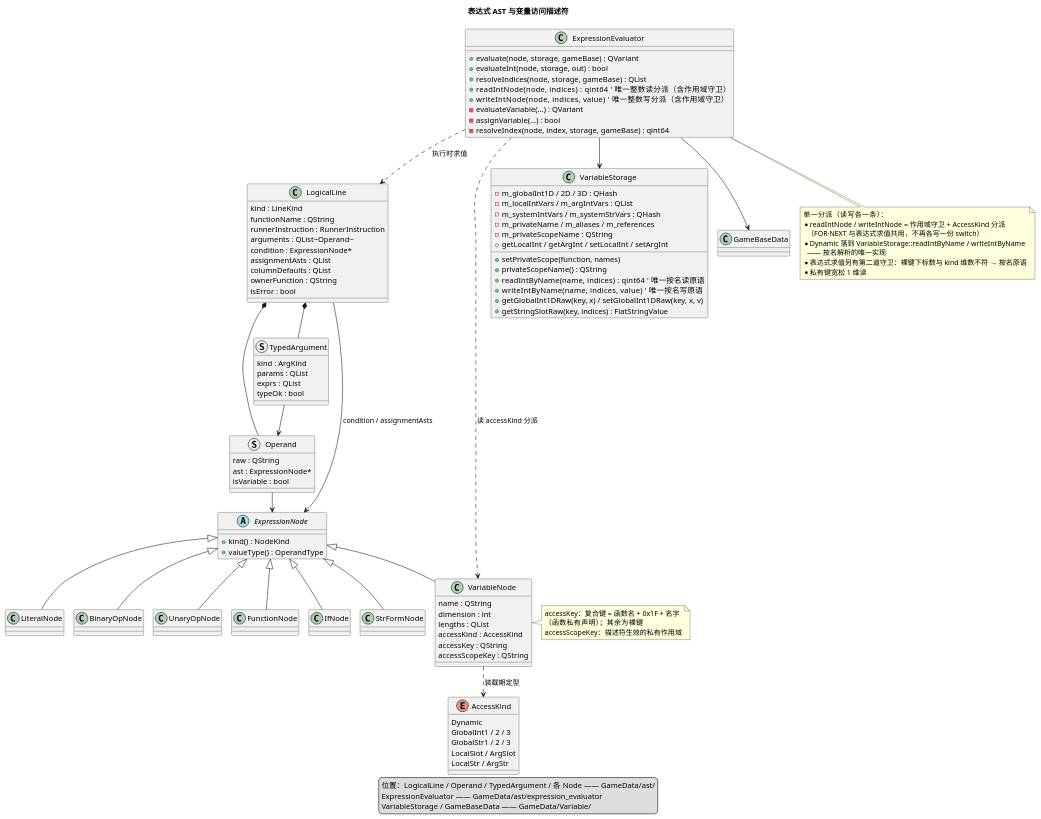
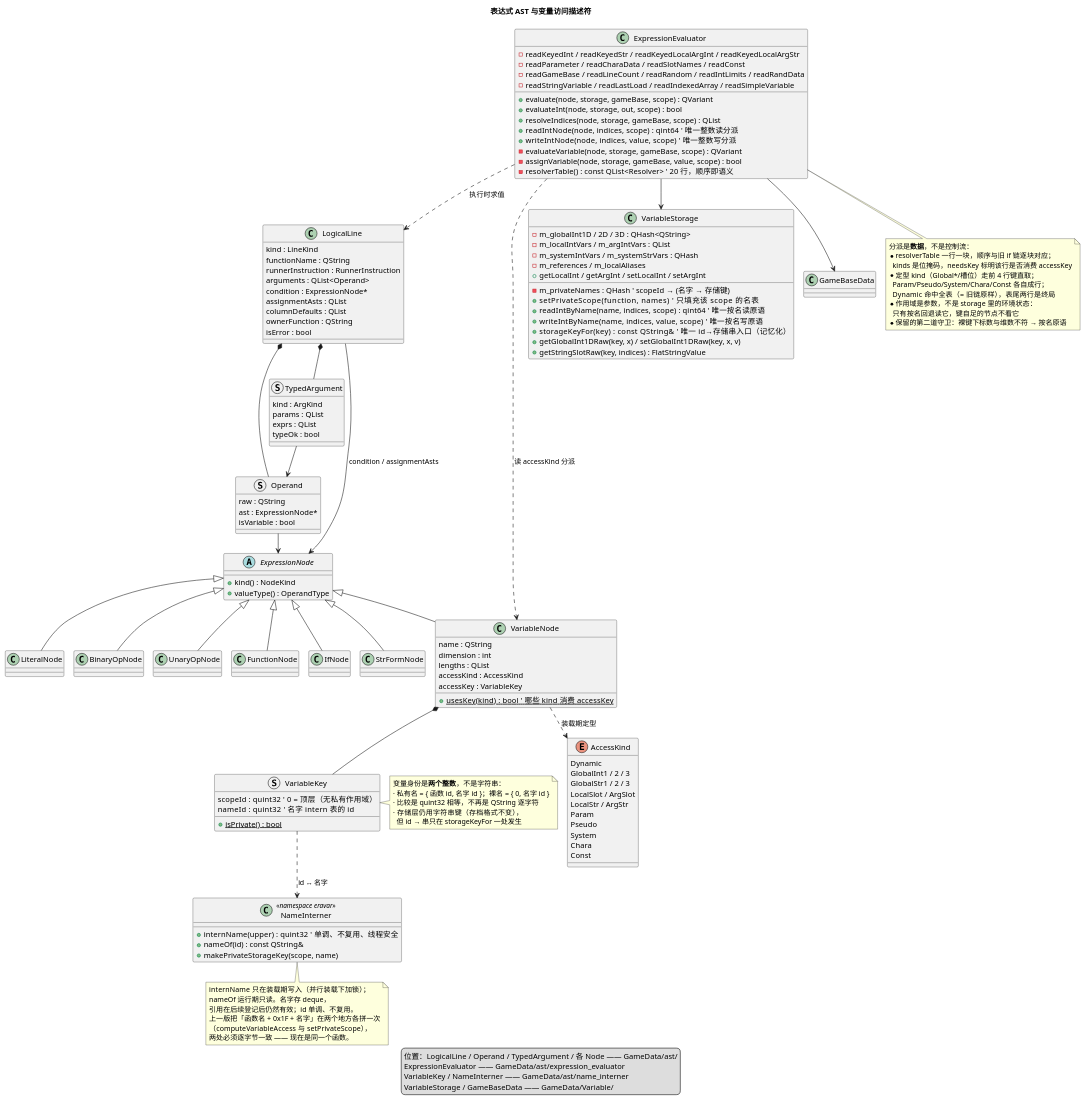
Before and after one commit to yigekuyou/qt-eraemu: the diagram in docs/uml/03-expression-classes.puml, drawn with PlantUML. The commit also changed 8 other files, not shown here.

First line of the commit message:
docs/uml：按四轮重构重画（身份整数化 / 全定型 / 作用域显式 / 只读收尾外移）

```diff
--- a/docs/uml/03-expression-classes.puml
+++ b/docs/uml/03-expression-classes.puml
@@ -1,131 +1,170 @@
 @startuml 03-expression-classes
 ' 无 graphviz(dot) 时用 PlantUML 内置 smetana 布局引擎
 !pragma layout smetana
 ' emuera —— 表达式 AST / 变量访问描述符 / 求值器
 ' 渲染：plantuml -tpng docs/uml/03-expression-classes.puml
 title 表达式 AST 与变量访问描述符
 
   class LogicalLine {
     kind : LineKind
     functionName : QString
     runnerInstruction : RunnerInstruction
-    arguments : QList~Operand~
+    arguments : QList<Operand>
     condition : ExpressionNode*
     assignmentAsts : QList
     columnDefaults : QList
     ownerFunction : QString
     isError : bool
   }
 
   struct Operand {
     raw : QString
     ast : ExpressionNode*
     isVariable : bool
   }
 
   struct TypedArgument {
     kind : ArgKind
     params : QList
     exprs : QList
     typeOk : bool
   }
 
   abstract class ExpressionNode {
     + kind() : NodeKind
     + valueType() : OperandType
   }
 
   class LiteralNode
   class BinaryOpNode
   class UnaryOpNode
   class FunctionNode
   class IfNode
   class StrFormNode
 
   class VariableNode {
     name : QString
     dimension : int
     lengths : QList
     accessKind : AccessKind
-    accessKey : QString
-    accessScopeKey : QString
+    accessKey : VariableKey
+    {static} + usesKey(kind) : bool   ' 哪些 kind 消费 accessKey
+  }
+
+  struct VariableKey {
+    scopeId : quint32   ' 0 = 顶层（无私有作用域）
+    nameId : quint32    ' 名字 intern 表的 id
+    {static} + isPrivate() : bool
+  }
+
+  class NameInterner <<namespace eravar>> {
+    + internName(upper) : quint32   ' 单调、不复用、线程安全
+    + nameOf(id) : const QString&
+    + makePrivateStorageKey(scope, name)
+    ' 全仓库唯一知道 0x1F 的地方：
+    ' 「作用域串 + 0x1F + 名字串」只在这里拼
   }
 
   enum AccessKind {
     Dynamic
     GlobalInt1 / 2 / 3
     GlobalStr1 / 2 / 3
     LocalSlot / ArgSlot
     LocalStr / ArgStr
+    Param
+    Pseudo
+    System
+    Chara
+    Const
   }
 
   class ExpressionEvaluator {
-    + evaluate(node, storage, gameBase) : QVariant
-    + evaluateInt(node, storage, out) : bool
-    + resolveIndices(node, storage, gameBase) : QList
-    + readIntNode(node, indices) : qint64      ' 唯一整数读分派（含作用域守卫）
-    + writeIntNode(node, indices, value)       ' 唯一整数写分派（含作用域守卫）
-    - evaluateVariable(...) : QVariant
-    - assignVariable(...) : bool
-    - resolveIndex(node, index, storage, gameBase) : qint64
+    + evaluate(node, storage, gameBase, scope) : QVariant
+    + evaluateInt(node, storage, out, scope) : bool
+    + resolveIndices(node, storage, gameBase, scope) : QList
+    + readIntNode(node, indices, scope) : qint64   ' 唯一整数读分派
+    + writeIntNode(node, indices, value, scope)    ' 唯一整数写分派
+    - evaluateVariable(node, storage, gameBase, scope) : QVariant
+    - assignVariable(node, storage, gameBase, value, scope) : bool
+    - resolverTable() : const QList<Resolver>  ' 20 行，顺序即语义
+    - readKeyedInt / readKeyedStr / readKeyedLocalArgInt / readKeyedLocalArgStr
+    - readParameter / readCharaData / readSlotNames / readConst
+    - readGameBase / readLineCount / readRandom / readIntLimits / readRandData
+    - readStringVariable / readLastLoad / readIndexedArray / readSimpleVariable
   }
 
   class VariableStorage {
-    - m_globalInt1D / 2D / 3D : QHash
+    - m_globalInt1D / 2D / 3D : QHash<QString>
     - m_localIntVars / m_argIntVars : QList
     - m_systemIntVars / m_systemStrVars : QHash
-    - m_privateName / m_aliases / m_references
-    - m_privateScopeName : QString
-    + setPrivateScope(function, names)
-    + privateScopeName() : QString
-    + readIntByName(name, indices) : qint64    ' 唯一按名读原语
-    + writeIntByName(name, indices, value)     ' 唯一按名写原语
+    - m_privateNames : QHash   ' scopeId → (名字 → 存储键)
+    - m_references / m_localAliases
+    + setPrivateScope(function, names)          ' 只填充该 scope 的名表
+    + readIntByName(name, indices, scope) : qint64   ' 唯一按名读原语
+    + writeIntByName(name, indices, value, scope)    ' 唯一按名写原语
+    + storageKeyFor(key) : const QString&       ' 唯一 id→存储串入口（记忆化）
     + getGlobalInt1DRaw(key, x) / setGlobalInt1DRaw(key, x, v)
     + getStringSlotRaw(key, indices) : FlatStringValue
     + getLocalInt / getArgInt / setLocalInt / setArgInt
   }
 
 class GameBaseData
 
 LogicalLine *-- Operand
 LogicalLine *-- TypedArgument
 LogicalLine --> ExpressionNode : condition / assignmentAsts
 Operand --> ExpressionNode
 TypedArgument --> Operand
 
 ExpressionNode <|-- LiteralNode
 ExpressionNode <|-- VariableNode
 ExpressionNode <|-- BinaryOpNode
 ExpressionNode <|-- UnaryOpNode
 ExpressionNode <|-- FunctionNode
 ExpressionNode <|-- IfNode
 ExpressionNode <|-- StrFormNode
 
+VariableNode *-- VariableKey
 VariableNode ..> AccessKind : 装载期定型
+VariableKey ..> NameInterner : id ↔ 名字
 ExpressionEvaluator ..> VariableNode : 读 accessKind 分派
 ExpressionEvaluator --> VariableStorage
 ExpressionEvaluator --> GameBaseData
 ExpressionEvaluator ..> LogicalLine : 执行时求值
 
 legend bottom
   位置：LogicalLine / Operand / TypedArgument / 各 Node —— GameData/ast/
   ExpressionEvaluator —— GameData/ast/expression_evaluator
+  VariableKey / NameInterner —— GameData/ast/name_interner
   VariableStorage / GameBaseData —— GameData/Variable/
 endlegend
 
-note right of VariableNode
-  accessKey：复合键 = 函数名 + 0x1F + 名字
-  （函数私有声明）；其余为裸键
-  accessScopeKey：描述符生效的私有作用域
+note right of VariableKey
+  变量身份是**两个整数**，不是字符串：
+  · 私有名 = { 函数 id, 名字 id }；裸名 = { 0, 名字 id }
+  · 比较是 quint32 相等，不再是 QString 逐字符
+  · 存储层仍用字符串键（存档格式不变），
+    但 id → 串只在 storageKeyFor 一处发生
+end note
+
+note bottom of NameInterner
+  internName 只在装载期写入（并行装载下加锁）；
+  nameOf 运行期只读。名字存 deque，
+  引用在后续登记后仍然有效；id 单调、不复用。
+  上一版把「函数名 + 0x1F + 名字」在两个地方各拼一次
+  （computeVariableAccess 与 setPrivateScope），
+  两处必须逐字节一致 —— 现在是同一个函数。
 end note
 
 note bottom of ExpressionEvaluator
-  单一分派（读写各一条）：
-  * readIntNode / writeIntNode = 作用域守卫 + AccessKind 分派
-    （FOR·NEXT 与表达式求值共用，不再各写一份 switch）
-  * Dynamic 落到 VariableStorage::readIntByName / writeIntByName
-    —— 按名解析的唯一实现
-  * 表达式求值另有第二道守卫：裸键下标数与 kind 维数不符 → 按名原语
-  * 私有键宽松 1 维读
+  分派是**数据**，不是控制流：
+  * resolverTable 一行一块，顺序与旧 if 链逐块对应；
+    kinds 是位掩码，needsKey 标明该行是否消费 accessKey
+  * 定型 kind（Global*/槽位）走前 4 行键直取；
+    Param/Pseudo/System/Chara/Const 各自成行；
+    Dynamic 命中全表（= 旧链原样），表尾两行是终局
+  * 作用域是参数，不是 storage 里的环境状态：
+    只有按名回退读它，键自足的节点不看它
+  * 保留的第二道守卫：裸键下标数与维数不符 → 按名原语
 end note
 @enduml
```
